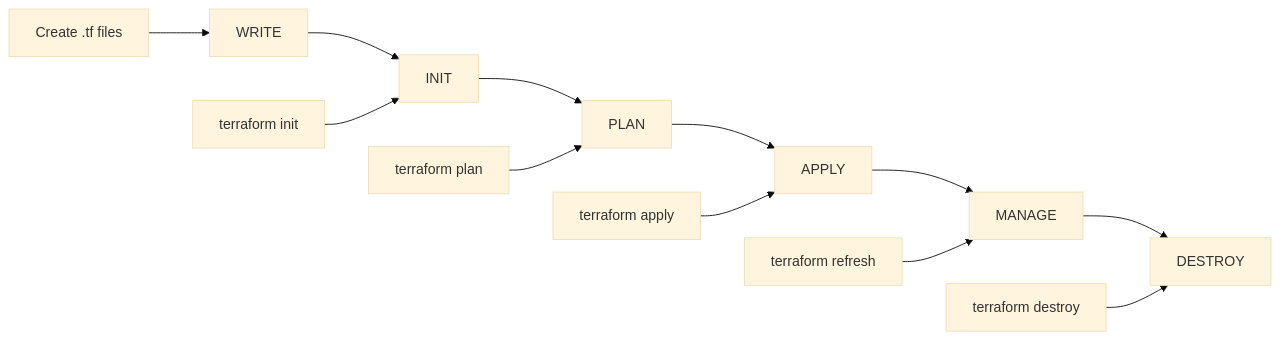
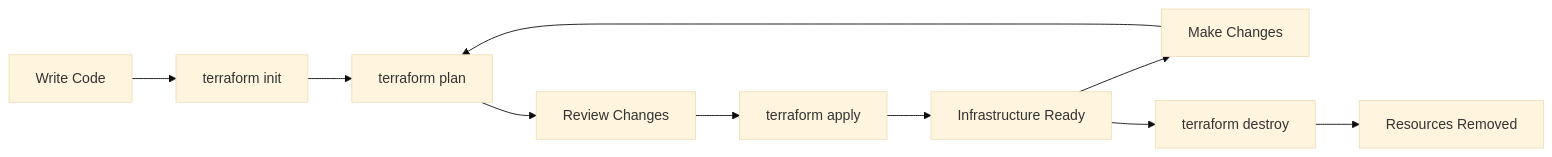
One commit to manikcloud/cloud-devops-learning-path changed the diagram in Section-2-DevOps/Session-8_terraform_and_infra_automation/02_installation_workflows/README.md. Above: the diagram before and after it, drawn with Mermaid (base theme). The commit also changed other lines of this file and 7 other files, not shown here.

````diff
--- a/Section-2-DevOps/Session-8_terraform_and_infra_automation/02_installation_workflows/README.md
+++ b/Section-2-DevOps/Session-8_terraform_and_infra_automation/02_installation_workflows/README.md
@@ -130,15 +225,14 @@
 ```mermaid
 graph LR
-    A[WRITE] --> B[INIT]
-    B --> C[PLAN]
-    C --> D[APPLY]
-    D --> E[MANAGE]
-    E --> F[DESTROY]
+    A[Write Code] --> B[terraform init]
+    B --> C[terraform plan]
+    C --> D[Review Changes]
+    D --> E[terraform apply]
+    E --> F[Infrastructure Ready]
     
-    A1[Create .tf files] --> A
-    B1[terraform init] --> B
-    C1[terraform plan] --> C
-    D1[terraform apply] --> D
-    E1[terraform refresh] --> E
-    F1[terraform destroy] --> F
+    F --> G[Make Changes]
+    G --> C
+    
+    F --> H[terraform destroy]
+    H --> I[Resources Removed]
 ```
````
